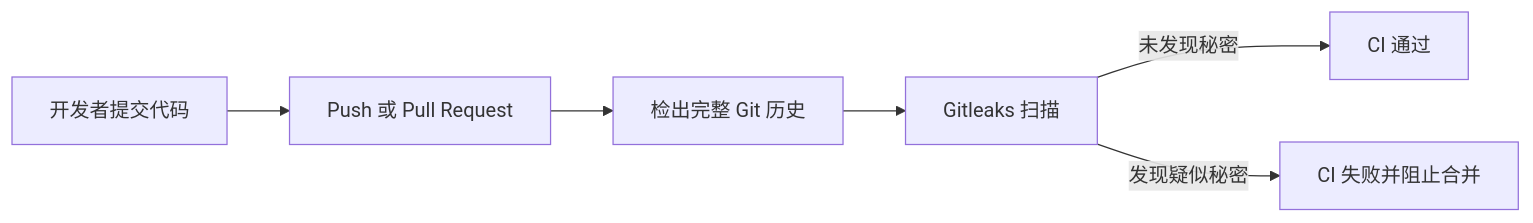
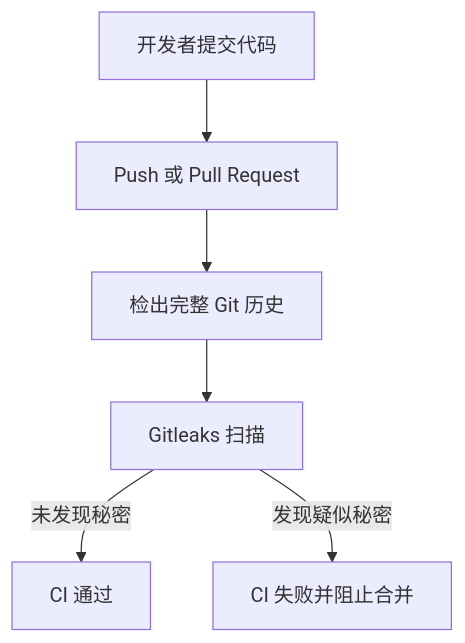
The fourth of 5 diagrams in docs/blogs/阶段0.1-敏感配置治理与安全基线.md (myth8/zzx-ai-agent), drawn with Mermaid before and after one commit. The commit also changed other lines of this file and 27 other files, not shown here.

````diff
--- a/docs/blogs/阶段0.1-敏感配置治理与安全基线.md
+++ b/docs/blogs/阶段0.1-敏感配置治理与安全基线.md
@@ -431,8 +420,8 @@
 ```mermaid
-flowchart LR
-    COMMIT[开发者提交代码] --> PUSH[Push 或 Pull Request]
-    PUSH --> CHECKOUT[检出完整 Git 历史]
-    CHECKOUT --> SCAN[Gitleaks 扫描]
-    SCAN -->|未发现秘密| PASS[CI 通过]
-    SCAN -->|发现疑似秘密| BLOCK[CI 失败并阻止合并]
+flowchart TD
+    COMMIT["开发者提交代码"] --> PUSH["Push 或 Pull Request"]
+    PUSH --> CHECKOUT["检出完整 Git 历史"]
+    CHECKOUT --> SCAN["Gitleaks 扫描"]
+    SCAN -->|未发现秘密| PASS["CI 通过"]
+    SCAN -->|发现疑似秘密| BLOCK["CI 失败并阻止合并"]
 ```
````
